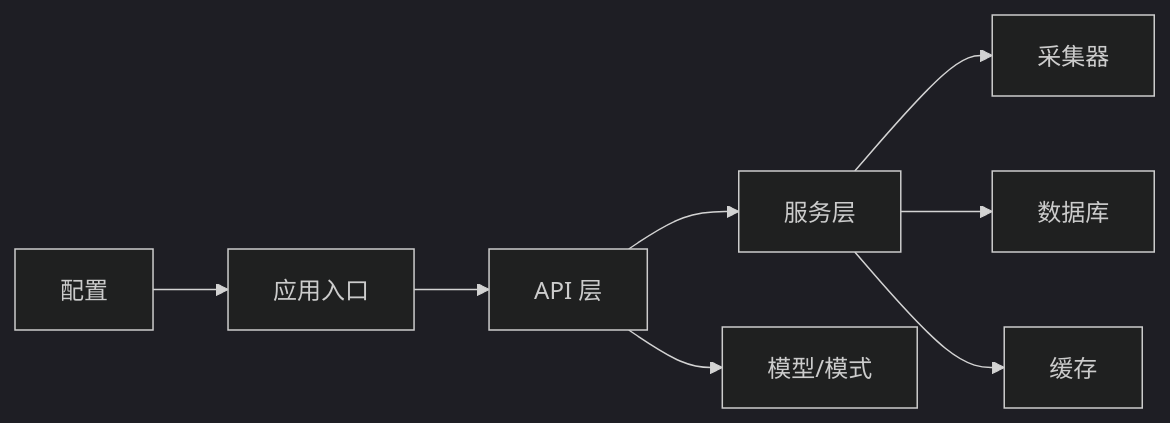
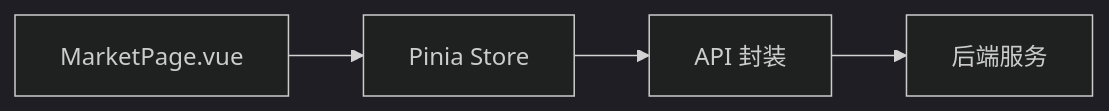
Before and after one commit to We3le7/stock-view: the fourth of 4 diagrams in .qoder/repowiki/zh/content/前端开发/工具函数.md, drawn with Mermaid (dark theme). The commit also changed other lines of this file and 142 other files, not shown here.

````diff
--- a/.qoder/repowiki/zh/content/前端开发/工具函数.md
+++ b/.qoder/repowiki/zh/content/前端开发/工具函数.md
@@ -374,10 +192,6 @@
 ```mermaid
 graph LR
-API["API 层"] --> SVC["服务层"]
-SVC --> COL["采集器"]
-SVC --> DB["数据库"]
-SVC --> CACHE["缓存"]
-API --> MODELS["模型/模式"]
-CFG["配置"] --> MAIN["应用入口"]
-MAIN --> API
+Page["MarketPage.vue"] --> Store["Pinia Store"]
+Store --> API["API 封装"]
+API --> Backend["后端服务"]
 ```
````
